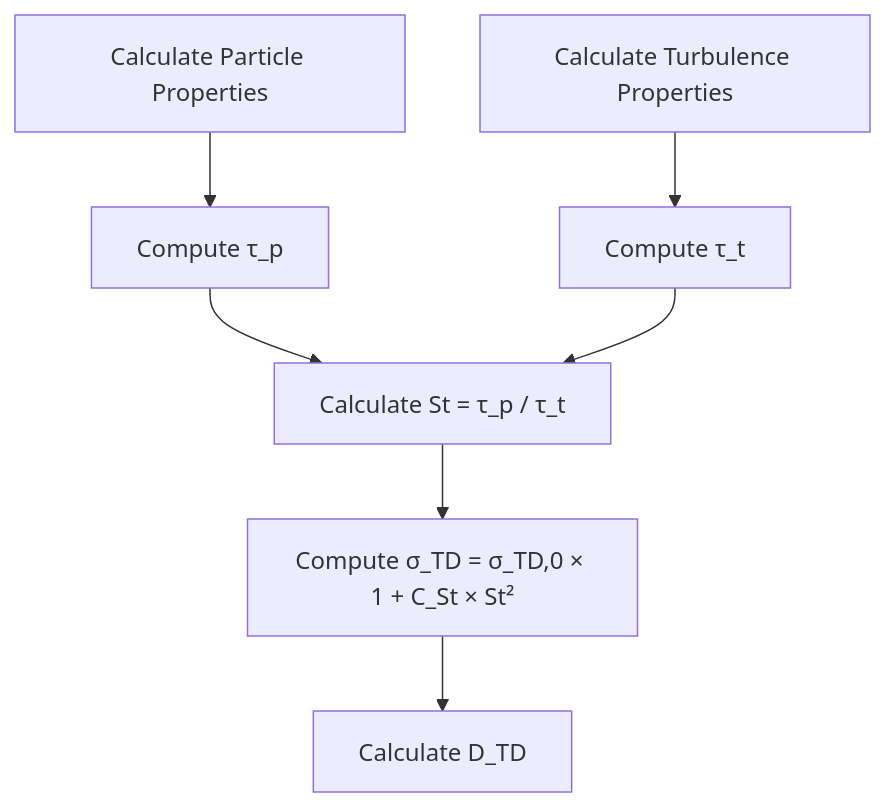
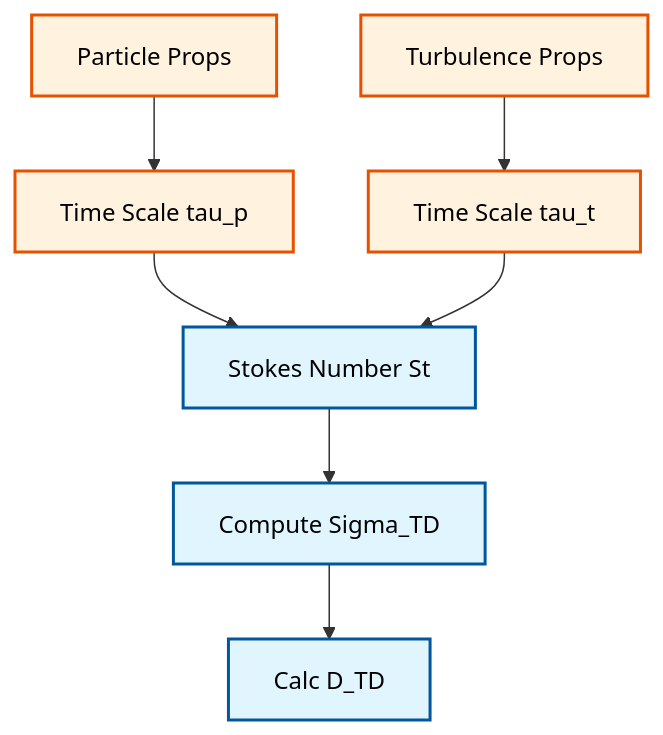
Before and after one commit to wramet/build-my-cfd: the fourth of 5 diagrams in MODULE_04_MULTIPHASE_FUNDAMENTALS/CONTENT/07_TURBULENT_DISPERSION/02_Specific_Models.md, drawn with Mermaid. The commit also changed other lines of this file and 313 other files, not shown here.

Commit message:
Revise all diagram

````diff
--- a/MODULE_04_MULTIPHASE_FUNDAMENTALS/CONTENT/07_TURBULENT_DISPERSION/02_Specific_Models.md
+++ b/MODULE_04_MULTIPHASE_FUNDAMENTALS/CONTENT/07_TURBULENT_DISPERSION/02_Specific_Models.md
@@ -344,9 +350,11 @@
 ```mermaid
 flowchart TD
-    A[Calculate Particle Properties] --> B[Compute τ_p]
-    C[Calculate Turbulence Properties] --> D[Compute τ_t]
-    B --> E[Calculate St = τ_p / τ_t]
-    D --> E
-    E --> F[Compute σ_TD = σ_TD,0 × 1 + C_St × St²]
-    F --> G[Calculate D_TD]
+classDef implicit fill:#e1f5fe,stroke:#01579b,stroke-width:2px,color:#000
+classDef explicit fill:#fff3e0,stroke:#e65100,stroke-width:2px,color:#000
+A[Particle Props]:::explicit --> B[Time Scale tau_p]:::explicit
+C[Turbulence Props]:::explicit --> D[Time Scale tau_t]:::explicit
+B --> E[Stokes Number St]:::implicit
+D --> E
+E --> F[Compute Sigma_TD]:::implicit
+F --> G[Calc D_TD]:::implicit
 ```
````
